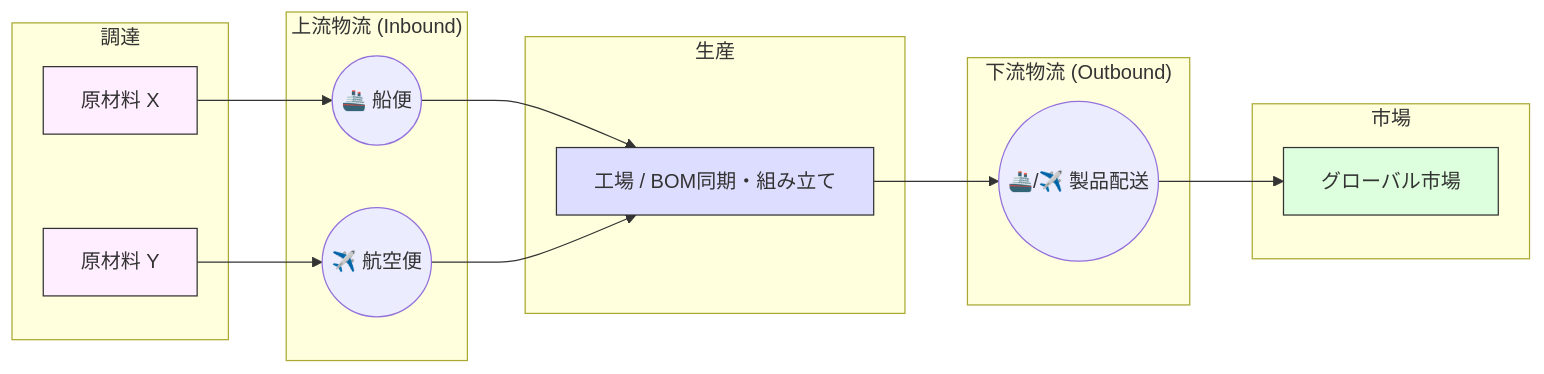
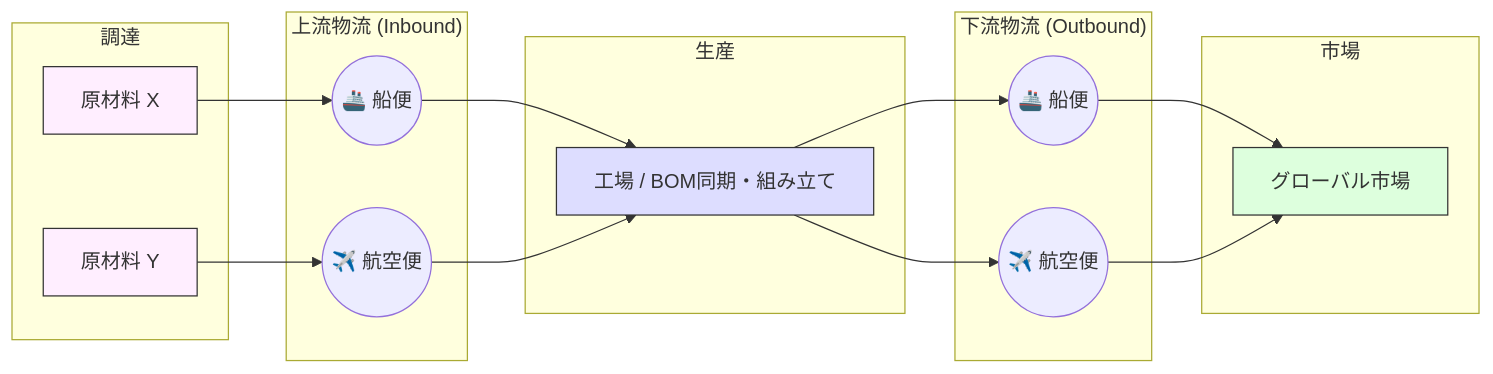
One commit to miumigy/gsctycn changed the first of 3 diagrams in README_JP.md. Above: the diagram before and after it, drawn with Mermaid. The commit also changed 1 other file, not shown here.

Commit message:
docs: split Outbound Logistics into Air and Sea in Mermaid diagrams

````diff
--- a/README_JP.md
+++ b/README_JP.md
@@ -14,36 +14,39 @@
 ```mermaid
 graph LR
     subgraph Sourcing ["調達"]
         RM1[原材料 X]
         RM2[原材料 Y]
     end
 
     subgraph Inbound ["上流物流 (Inbound)"]
         Air((✈️ 航空便))
         Sea((🚢 船便))
     end
 
     subgraph Production ["生産"]
         Fact[工場 / BOM同期・組み立て]
     end
 
     subgraph Outbound ["下流物流 (Outbound)"]
-        Delivery((🚢/✈️ 製品配送))
+        Air2((✈️ 航空便))
+        Sea2((🚢 船便))
     end
 
     subgraph Distribution ["市場"]
         Mkt[グローバル市場]
     end
 
     RM1 --> Sea
     RM2 --> Air
     Sea --> Fact
     Air --> Fact
-    Fact --> Delivery
-    Delivery --> Mkt
+    Fact --> Sea2
+    Fact --> Air2
+    Sea2 --> Mkt
+    Air2 --> Mkt
 
     style RM1 fill:#fef,stroke:#333
     style RM2 fill:#fef,stroke:#333
     style Fact fill:#ddf,stroke:#333
     style Mkt fill:#dfd,stroke:#333
 ```
````
